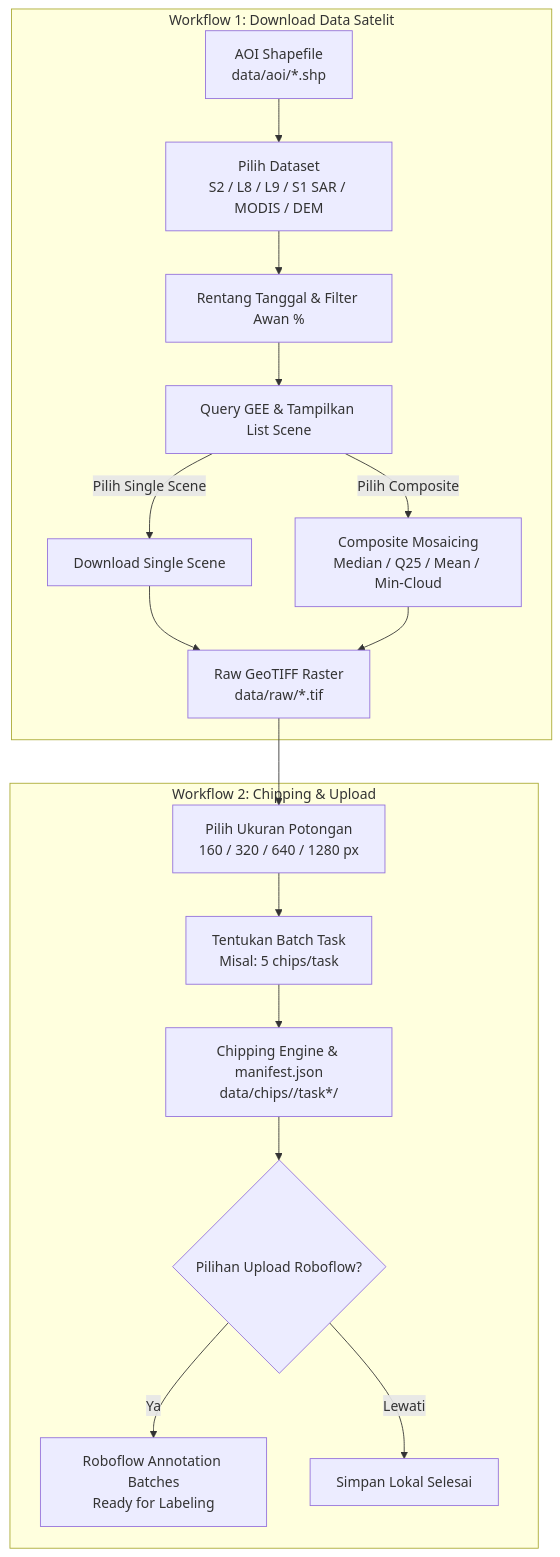
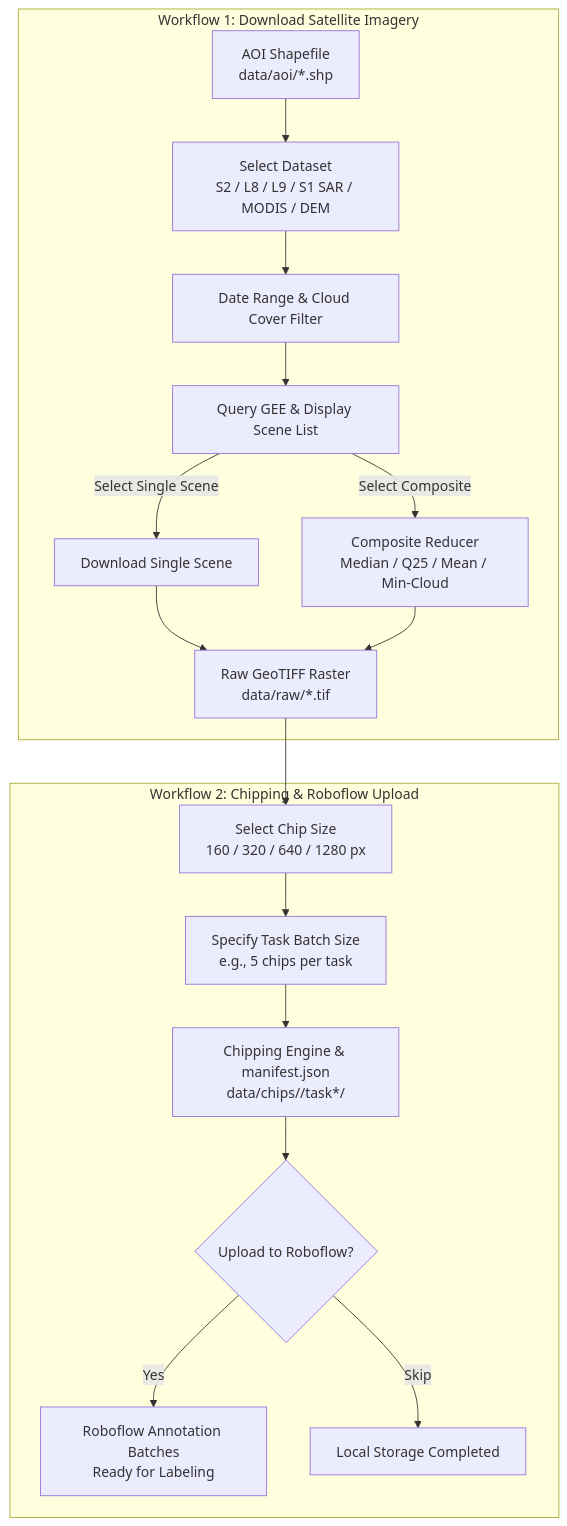
One commit to Anovvy/GeoChip changed the diagram in README.md. Above: the diagram before and after it, drawn with Mermaid. The commit also changed other lines of this file and 15 other files, not shown here.

````diff
--- a/README.md
+++ b/README.md
@@ -45,21 +57,21 @@
 ```mermaid
 flowchart TD
-    subgraph W1[Workflow 1: Download Data Satelit]
-        A[AOI Shapefile\ndata/aoi/*.shp] --> B[Pilih Dataset\nS2 / L8 / L9 / S1 SAR / MODIS / DEM]
-        B --> C[Rentang Tanggal & Filter Awan %]
-        C --> D[Query GEE & Tampilkan List Scene]
-        D -->|Pilih Single Scene| E1[Download Single Scene]
-        D -->|Pilih Composite| E2[Composite Mosaicing\nMedian / Q25 / Mean / Min-Cloud]
+    subgraph W1[Workflow 1: Download Satellite Imagery]
+        A[AOI Shapefile\ndata/aoi/*.shp] --> B[Select Dataset\nS2 / L8 / L9 / S1 SAR / MODIS / DEM]
+        B --> C[Date Range & Cloud Cover Filter]
+        C --> D[Query GEE & Display Scene List]
+        D -->|Select Single Scene| E1[Download Single Scene]
+        D -->|Select Composite| E2[Composite Reducer\nMedian / Q25 / Mean / Min-Cloud]
         E1 --> F[Raw GeoTIFF Raster\ndata/raw/*.tif]
         E2 --> F
     end
 
-    subgraph W2[Workflow 2: Chipping & Upload]
-        F --> G[Pilih Ukuran Potongan\n160 / 320 / 640 / 1280 px]
-        G --> H[Tentukan Batch Task\nMisal: 5 chips/task]
+    subgraph W2[Workflow 2: Chipping & Roboflow Upload]
+        F --> G[Select Chip Size\n160 / 320 / 640 / 1280 px]
+        G --> H[Specify Task Batch Size\ne.g., 5 chips per task]
         H --> I[Chipping Engine & manifest.json\ndata/chips/<raster>/task*/]
-        I --> J{Pilihan Upload Roboflow?}
-        J -->|Ya| K[Roboflow Annotation Batches\nReady for Labeling]
-        J -->|Lewati| L[Simpan Lokal Selesai]
+        I --> J{Upload to Roboflow?}
+        J -->|Yes| K[Roboflow Annotation Batches\nReady for Labeling]
+        J -->|Skip| L[Local Storage Completed]
     end
 ```
````
